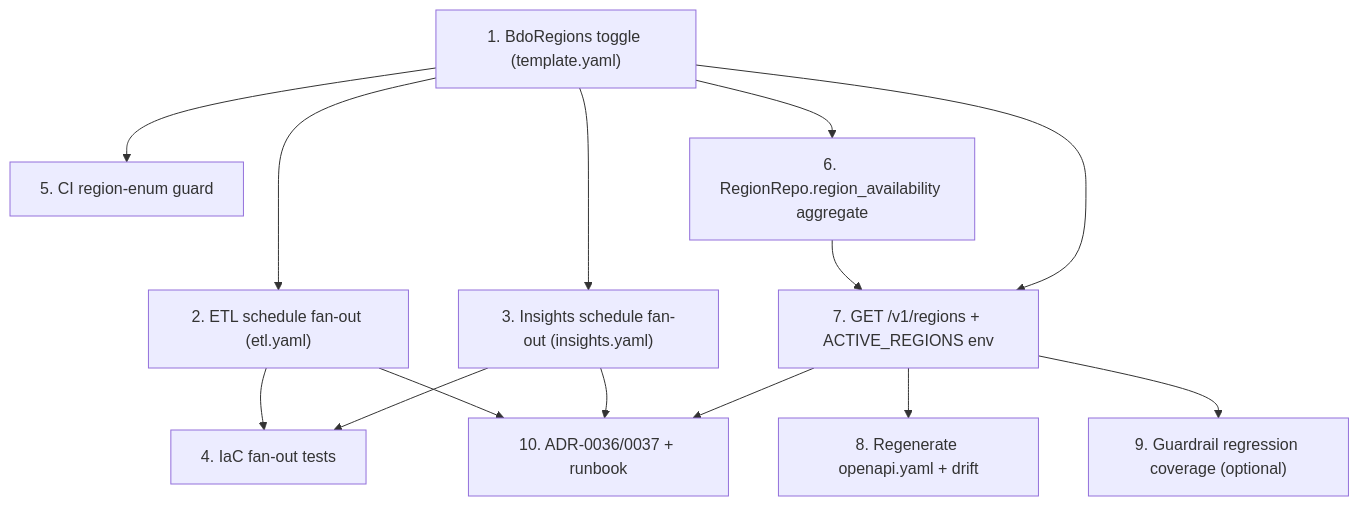
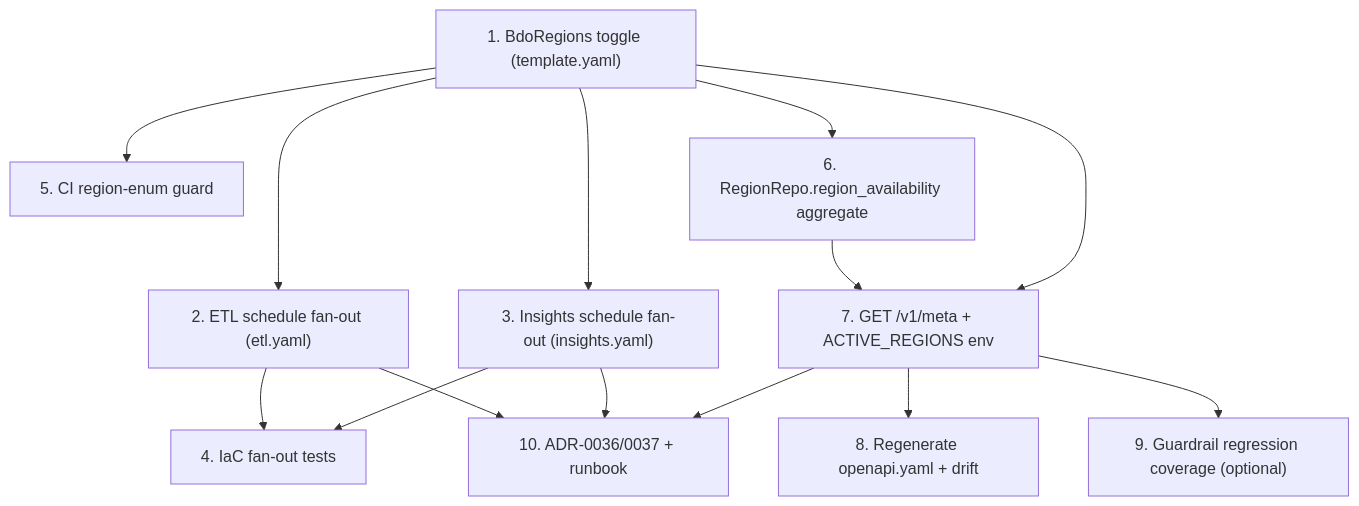
One commit to RyanYCT/bdo-market-insights changed the diagram in .kiro/specs/multi-region-readiness/tasks.md. Above: the diagram before and after it, drawn with Mermaid. The commit also changed other lines of this file and 2 other files, not shown here.

First line of the commit message:
docs(spec): consolidate region discovery into an extensible GET /v1/meta

````diff
--- a/.kiro/specs/multi-region-readiness/tasks.md
+++ b/.kiro/specs/multi-region-readiness/tasks.md
@@ -152,27 +156,27 @@
 ```mermaid
 flowchart TD
     T1["1. BdoRegions toggle (template.yaml)"]
     T2["2. ETL schedule fan-out (etl.yaml)"]
     T3["3. Insights schedule fan-out (insights.yaml)"]
     T4["4. IaC fan-out tests"]
     T5["5. CI region-enum guard"]
     T6["6. RegionRepo.region_availability aggregate"]
-    T7["7. GET /v1/regions + ACTIVE_REGIONS env"]
+    T7["7. GET /v1/meta + ACTIVE_REGIONS env"]
     T8["8. Regenerate openapi.yaml + drift"]
     T9["9. Guardrail regression coverage (optional)"]
     T10["10. ADR-0036/0037 + runbook"]
 
     T1 --> T2
     T1 --> T3
     T2 --> T4
     T3 --> T4
     T1 --> T5
     T1 --> T6
     T6 --> T7
     T1 --> T7
     T7 --> T8
     T7 --> T9
     T2 --> T10
     T3 --> T10
     T7 --> T10
 ```
````
